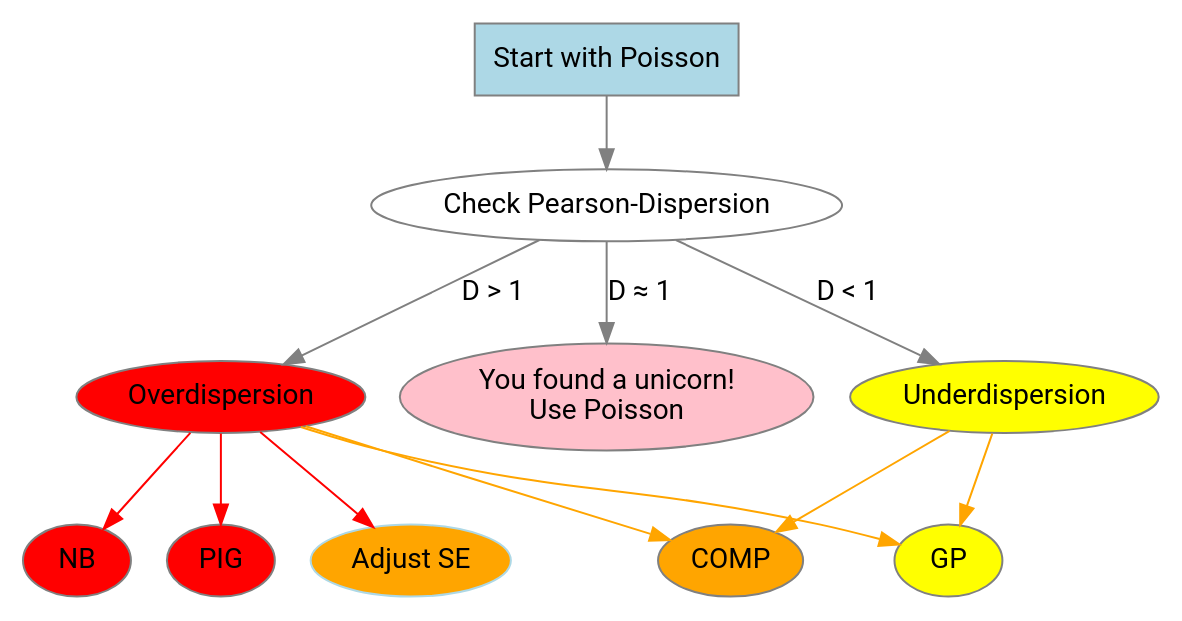
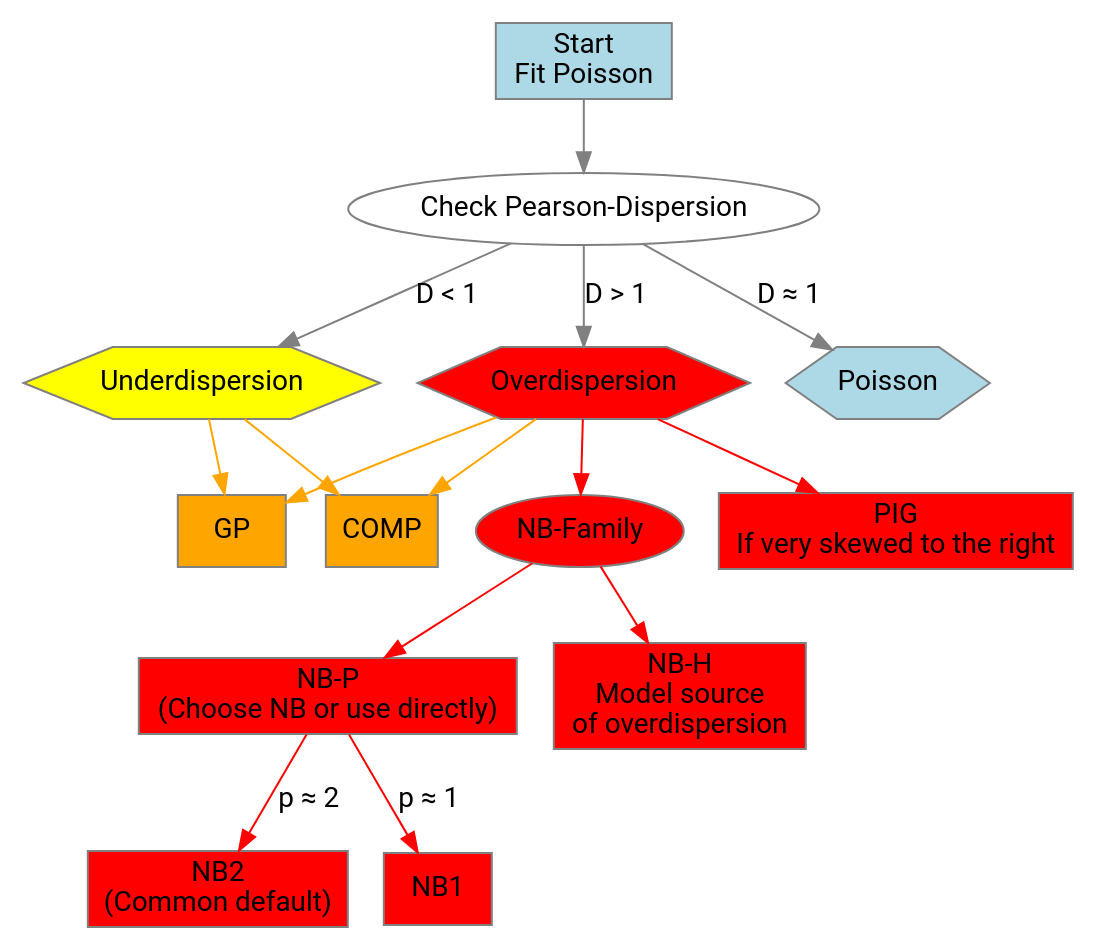
One commit to jemus42/poisson-regression changed the diagram in graphs/decision-guide.dot. Above: the diagram before and after it, drawn with Graphviz. The commit also changed 1 other file, not shown here.

Commit message:
Tweak graphs

```diff
--- a/graphs/decision-guide.dot
+++ b/graphs/decision-guide.dot
@@ -1,51 +1,60 @@
 digraph decisiontree {
 
 graph [layout = dot]
 
 ################################
 #### Global node attributes ####
 ################################
-node [shape = oval,
+node [shape = rectangle,
       style = filled,
       color = grey,
       fontname = "Roboto"]
 edge [fontname = "Roboto"]
 
 node [fillcolor = white]
-start [label = "Start with Poisson",
+start [label = "Start\nFit Poisson",
        shape = rectangle,
        fillcolor = "lightblue"]
 
 ################################
 #### First step             ####
 ################################
 node [fillcolor = white]
-checkdisp [label = "Check Pearson-Dispersion"]
+checkdisp [label = "Check Pearson-Dispersion", shape = oval]
 
-ud [label = "Underdispersion", fillcolor = "yellow"]
-unicorn [label = "You found a unicorn!\nUse Poisson", fillcolor = pink]
-od [label = "Overdispersion", fillcolor = "red"]
+ud [label = "Underdispersion", fillcolor = "yellow", shape = hexagon]
+pois [label = "Poisson", fillcolor = lightblue, shape = hexagon]
+od [label = "Overdispersion", fillcolor = "red", shape = hexagon]
 
 node [fillcolor = orange]
 
 edge [color = grey]
 start -> checkdisp [label = ""]
 checkdisp -> ud [label = "D < 1"]
-checkdisp -> unicorn [label = "D ≈ 1"]
+checkdisp -> pois [label = "D ≈ 1"]
 checkdisp -> od [label = "D > 1"]
-#unicorn -> start [label = "Use actual Poisson regression"]
 
 node []
-se_adjust [label = "Adjust SE", color = lightblue]
-nbin [label = "NB", fillcolor = red]
-pig [label = "PIG", fillcolor = red]
+# se_adjust [label = "Adjust SE", color = lightblue]
+nb2 [label = "NB2\n(Common default)", fillcolor = red]
+pig [label = "PIG\nIf very skewed to the right", fillcolor = red]
 cmp [label = "COMP", fillcolor = orange]
-gpois [label = "GP", fillcolor = yellow]
+gpois [label = "GP", fillcolor = orange]
+
+nbp [label = "NB-P\n(Choose NB or use directly)", fillcolor = red]
+nb1 [label = "NB1", fillcolor = red]
+nbh [label = "NB-H\nModel source\nof overdispersion", fillcolor = red]
+nbfam [label = "NB-Family", fillcolor = red, shape = oval]
 
 edge [color = red]
-od -> {nbin pig se_adjust}
-#edge [color = yellow]
-#ud -> gpois
+od -> nbfam
+nbfam -> nbp [label = ""]
+nbp -> nb1 [label = "p ≈ 1"]
+nbp -> nb2 [label = "p ≈ 2"]
+od -> pig [label = ""]
+nbfam -> nbh [label = ""]
+
 edge [color = orange]
 od, ud -> {cmp, gpois}
+
 }
```
